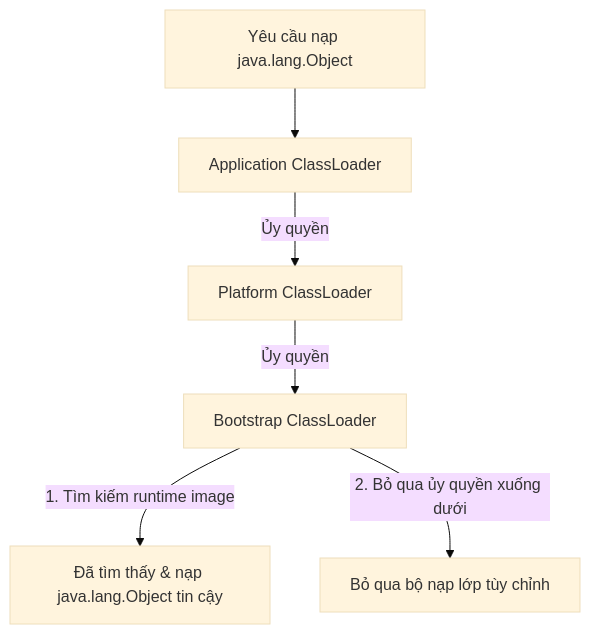
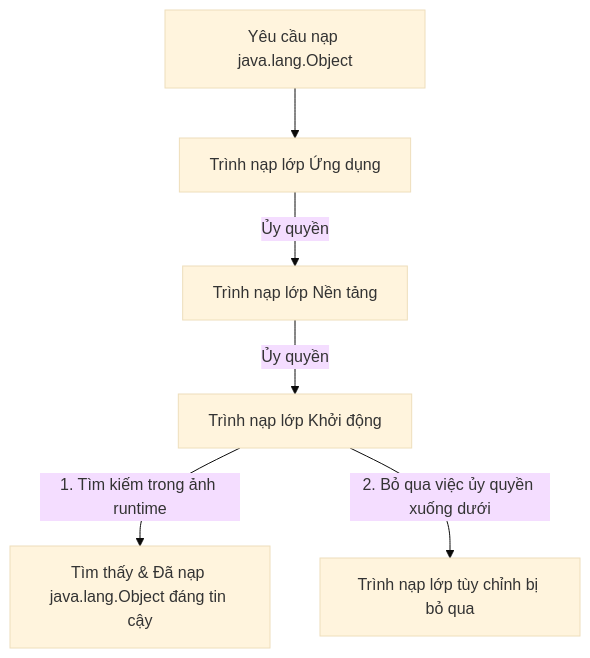
Before and after one commit to PhuThien2005/theoretical-of-java-core: the diagram in vi/32-classloader/theory/01-class-loading-process-concepts.md, drawn with Mermaid (base theme). The commit also changed other lines of this file and 229 other files, not shown here.

````diff
--- a/vi/32-classloader/theory/01-class-loading-process-concepts.md
+++ b/vi/32-classloader/theory/01-class-loading-process-concepts.md
@@ -114,8 +110,8 @@
 ```mermaid
 flowchart TD
-    Req[Yêu cầu nạp java.lang.Object] --> App[Application ClassLoader]
-    App -- Ủy quyền --> Plat[Platform ClassLoader]
-    Plat -- Ủy quyền --> Boot[Bootstrap ClassLoader]
-    Boot -- 1. Tìm kiếm runtime image --> Found[Đã tìm thấy & nạp java.lang.Object tin cậy]
-    Boot -- 2. Bỏ qua ủy quyền xuống dưới --> AppLoad[Bỏ qua bộ nạp lớp tùy chỉnh]
+    Req[Yêu cầu nạp java.lang.Object] --> App[Trình nạp lớp Ứng dụng]
+    App -- Ủy quyền --> Plat[Trình nạp lớp Nền tảng]
+    Plat -- Ủy quyền --> Boot[Trình nạp lớp Khởi động]
+    Boot -- 1. Tìm kiếm trong ảnh runtime --> Found[Tìm thấy & Đã nạp java.lang.Object đáng tin cậy]
+    Boot -- 2. Bỏ qua việc ủy quyền xuống dưới --> AppLoad[Trình nạp lớp tùy chỉnh bị bỏ qua]
 ```
````
